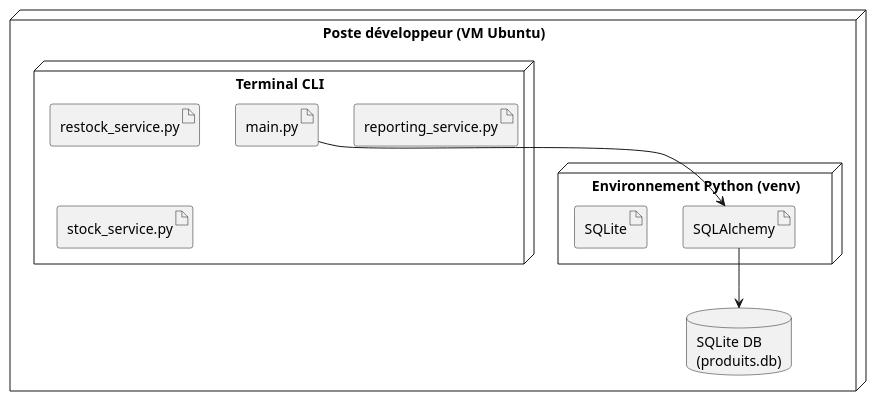
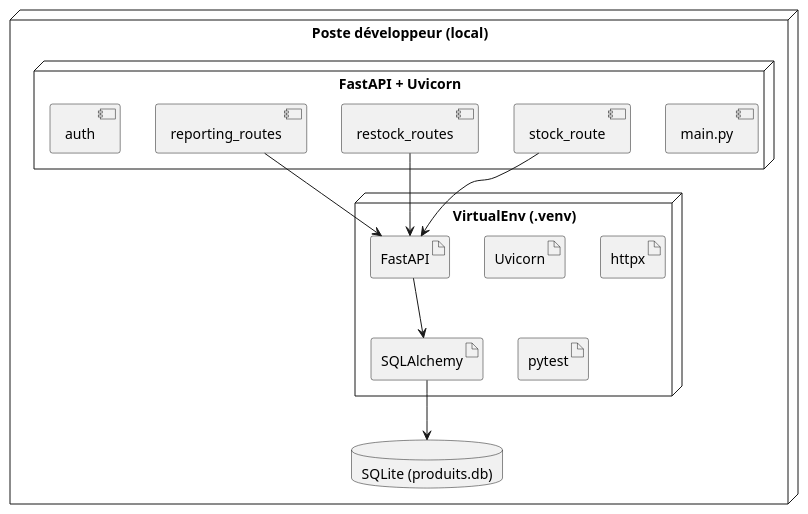
The diagram in docs/UML/deployment.puml (Ludo67/LOG430-Lab0), drawn with PlantUML before and after one commit. The commit also changed 90 other files, not shown here.

```diff
--- a/docs/UML/deployment.puml
+++ b/docs/UML/deployment.puml
@@ -1,18 +1,29 @@
-node "Poste développeur (VM Ubuntu)" {
-    node "Terminal CLI" {
-        artifact "main.py"
-        artifact "restock_service.py"
-        artifact "reporting_service.py"
-        artifact "stock_service.py"
-    }
+@startuml deployment
 
-    node "Environnement Python (venv)" {
-        artifact "SQLAlchemy"
-        artifact "SQLite"
-    }
+node "Poste développeur (local)" {
+  node "FastAPI + Uvicorn" {
+    component "main.py"
+    component "stock_route"
+    component "restock_routes"
+    component "reporting_routes"
+    component "auth"
+  }
 
-    database "SQLite DB\n(produits.db)"
-    
-    "main.py" --> "SQLAlchemy"
-    "SQLAlchemy" --> "SQLite DB\n(produits.db)"
+  node "VirtualEnv (.venv)" {
+    artifact "FastAPI"
+    artifact "Uvicorn"
+    artifact "SQLAlchemy"
+    artifact "httpx"
+    artifact "pytest"
+  }
+
+  database "SQLite (produits.db)"
 }
+
+"stock_route" --> "FastAPI"
+"restock_routes" --> "FastAPI"
+"reporting_routes" --> "FastAPI"
+"FastAPI" --> "SQLAlchemy"
+"SQLAlchemy" --> "SQLite (produits.db)"
+
+@enduml
```
